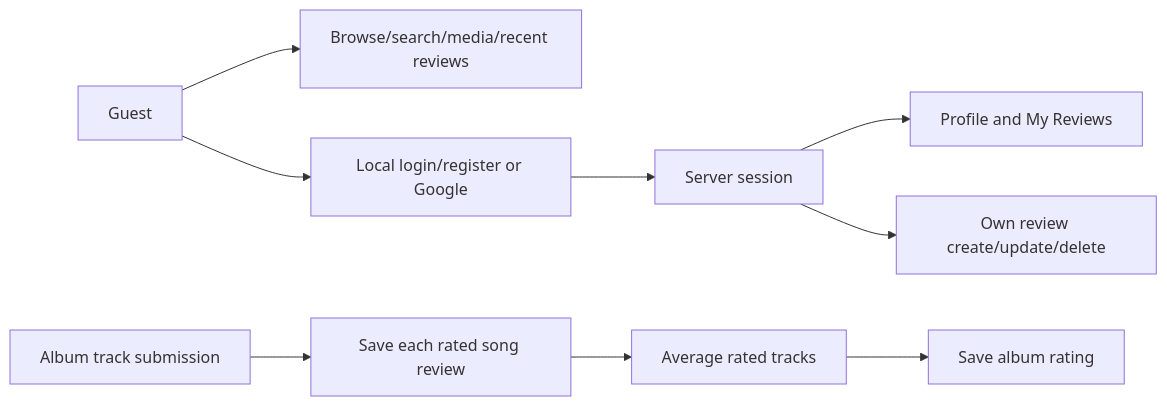
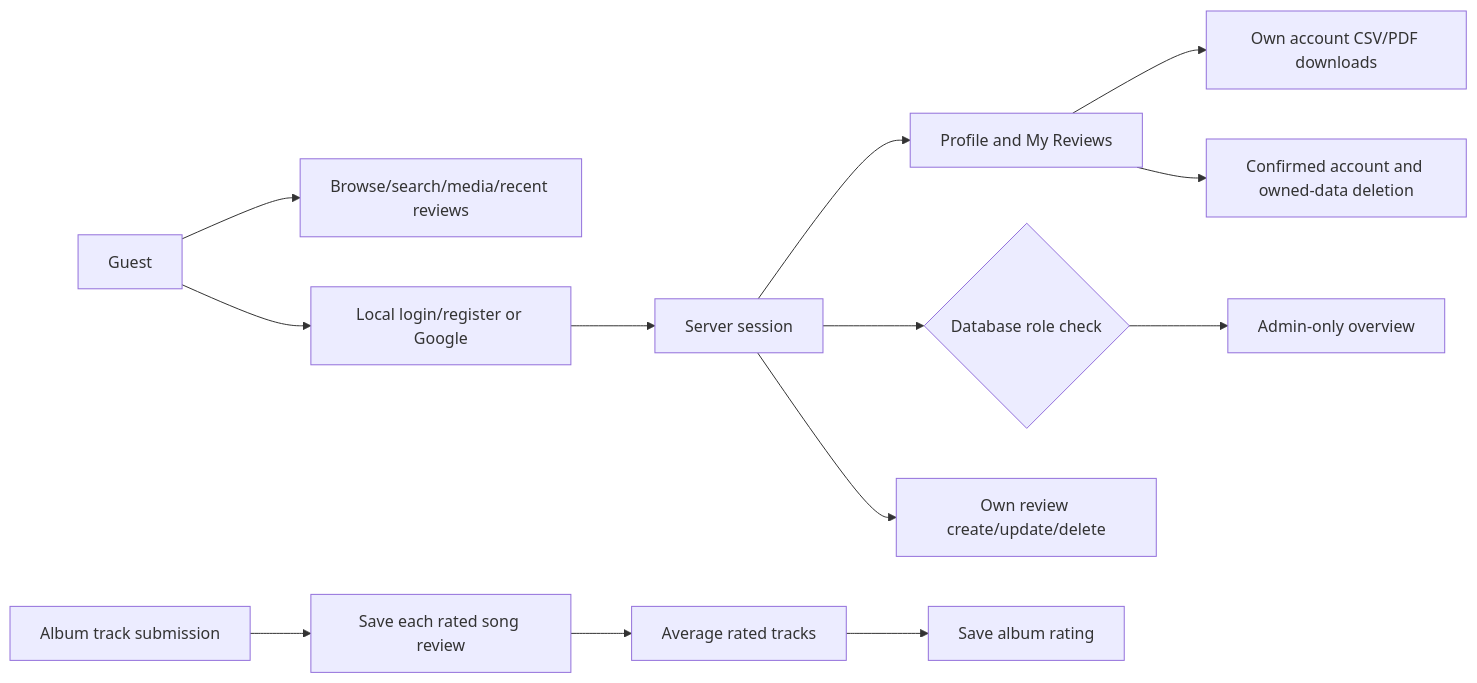
The second of 2 diagrams in docs/ARCHITECTURE.md (Data-strucures-finalProject/HearSay), drawn with Mermaid before and after one commit. The commit also changed other lines of this file and 63 other files, not shown here.

First line of the commit message:
feat: secure accounts, add admin access and export personal data

````diff
--- a/docs/ARCHITECTURE.md
+++ b/docs/ARCHITECTURE.md
@@ -24,11 +24,15 @@
 ```mermaid
 flowchart LR
     Guest[Guest] --> Public[Browse/search/media/recent reviews]
     Guest --> Auth[Local login/register or Google]
     Auth --> Session[Server session]
     Session --> Profile[Profile and My Reviews]
+    Profile --> Export[Own account CSV/PDF downloads]
+    Profile --> Delete[Confirmed account and owned-data deletion]
+    Session --> Role{Database role check}
+    Role --> Admin[Admin-only overview]
     Session --> Write[Own review create/update/delete]
     Album[Album track submission] --> Songs[Save each rated song review]
     Songs --> Average[Average rated tracks]
     Average --> AlbumReview[Save album rating]
 ```
````
